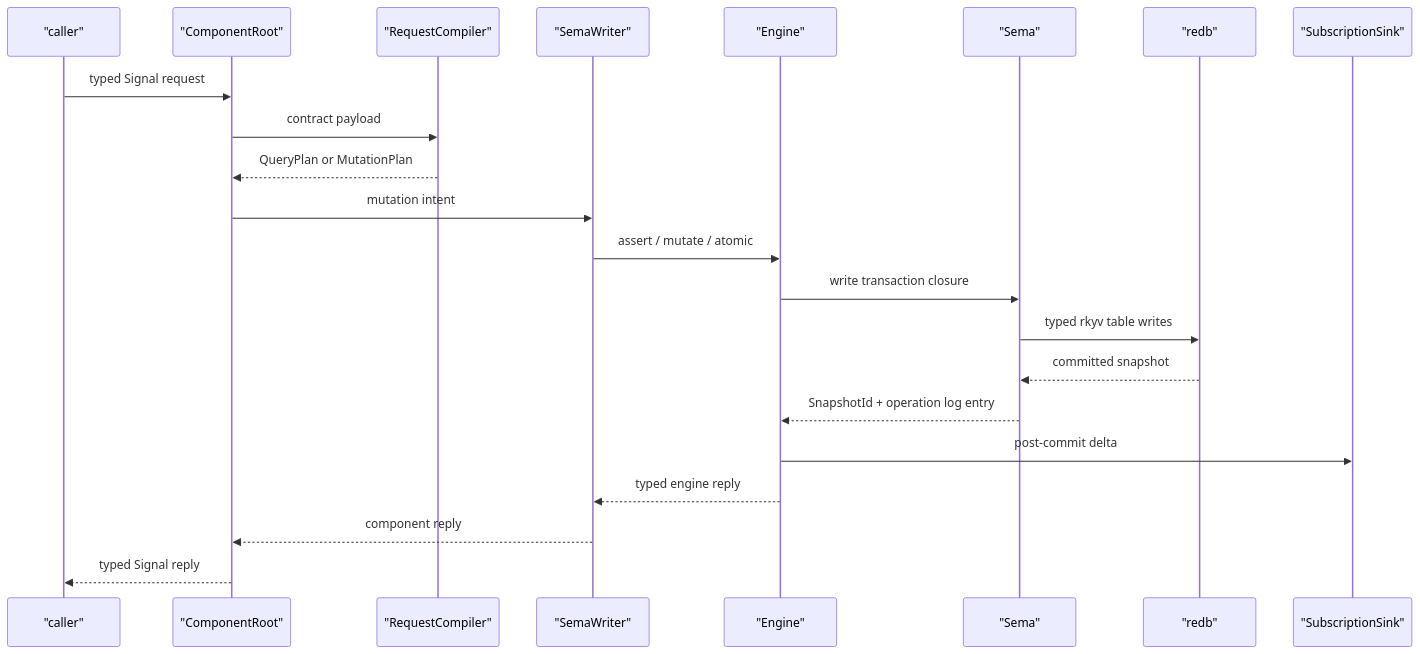
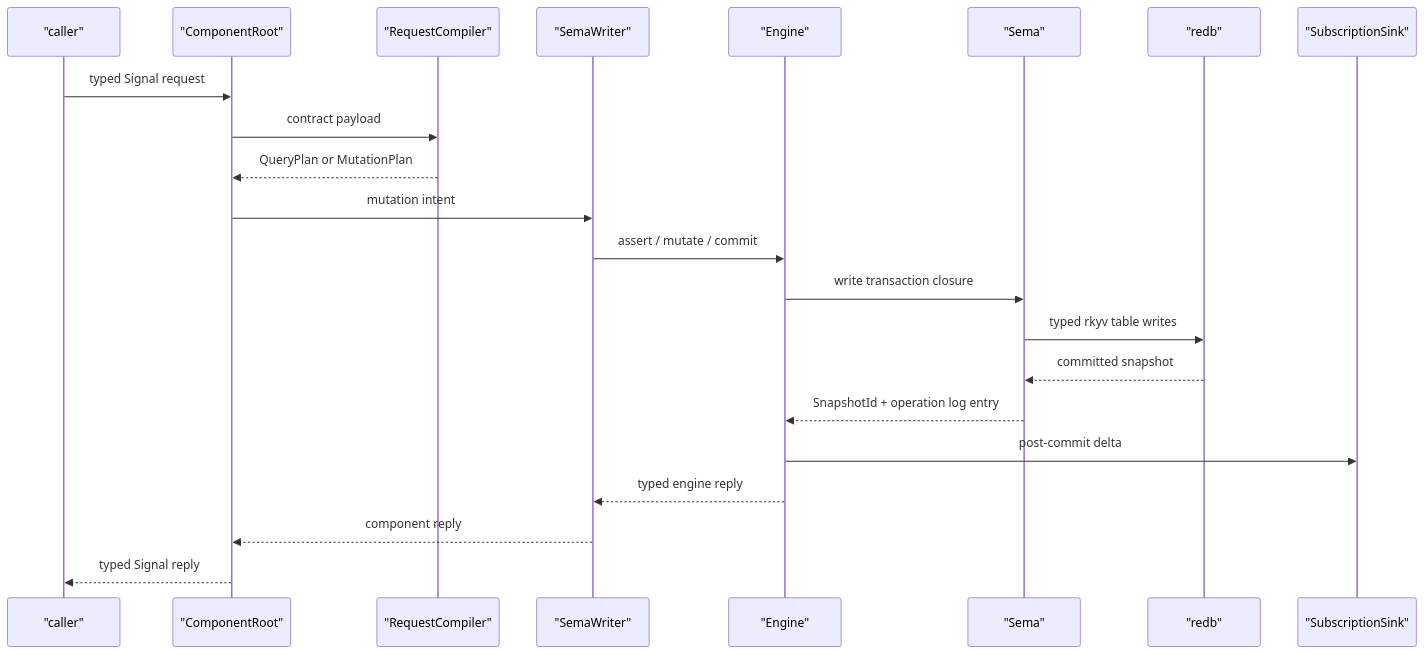
Before and after one commit to LiGoldragon/primary: the second of 3 diagrams in reports/operator/115-sema-engine-split-implementation-investigation.md, drawn with Mermaid. The commit also changed other lines of this file and 5 other files, not shown here.

````diff
--- a/reports/operator/115-sema-engine-split-implementation-investigation.md
+++ b/reports/operator/115-sema-engine-split-implementation-investigation.md
@@ -131,25 +141,25 @@
 ```mermaid
 sequenceDiagram
     participant "caller"
     participant "ComponentRoot"
     participant "RequestCompiler"
     participant "SemaWriter"
     participant "Engine"
     participant "Sema"
     participant "redb"
     participant "SubscriptionSink"
 
     "caller"->>"ComponentRoot": typed Signal request
     "ComponentRoot"->>"RequestCompiler": contract payload
     "RequestCompiler"-->>"ComponentRoot": QueryPlan or MutationPlan
     "ComponentRoot"->>"SemaWriter": mutation intent
-    "SemaWriter"->>"Engine": assert / mutate / atomic
+    "SemaWriter"->>"Engine": assert / mutate / commit
     "Engine"->>"Sema": write transaction closure
     "Sema"->>"redb": typed rkyv table writes
     "redb"-->>"Sema": committed snapshot
     "Sema"-->>"Engine": SnapshotId + operation log entry
     "Engine"->>"SubscriptionSink": post-commit delta
     "Engine"-->>"SemaWriter": typed engine reply
     "SemaWriter"-->>"ComponentRoot": component reply
     "ComponentRoot"-->>"caller": typed Signal reply
 ```
````
